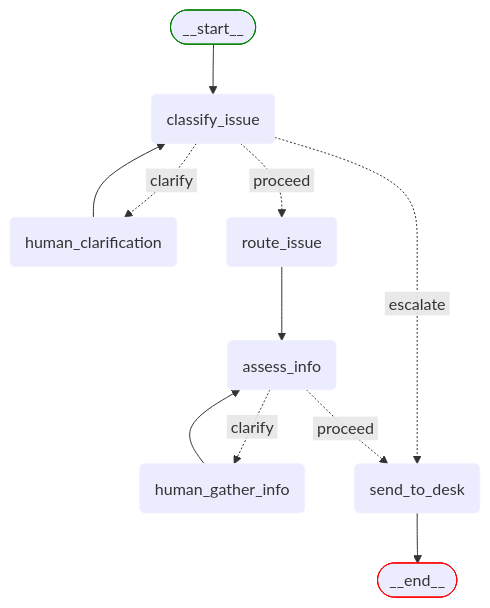
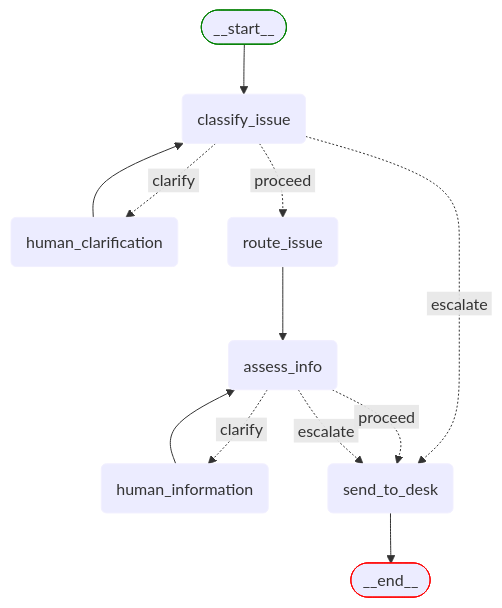
Before and after one commit to dextersjab/agentic-workbench-langgraph: the diagram in backend/src/workflows/support_desk/README.md, drawn with Mermaid. The commit also changed other lines of this file and 8 other files, not shown here.

Commit message:
rewrite assess_info to work like classify_issue

````diff
--- a/backend/src/workflows/support_desk/README.md
+++ b/backend/src/workflows/support_desk/README.md
@@ -27,26 +27,27 @@
 ```mermaid
 graph TD;
     __start__([<p>__start__</p>]):::first
     classify_issue(classify_issue)
     human_clarification(human_clarification)
     route_issue(route_issue)
     assess_info(assess_info)
-    human_gather_info(human_gather_info)
+    human_information(human_information)
     send_to_desk(send_to_desk)
     __end__([<p>__end__</p>]):::last
 
     __start__ --> classify_issue;
     classify_issue -. &nbsp;proceed&nbsp; .-> route_issue;
     classify_issue -. &nbsp;clarify&nbsp; .-> human_clarification;
     classify_issue -. &nbsp;escalate&nbsp; .-> send_to_desk;
     human_clarification --> classify_issue;
     route_issue --> assess_info;
     assess_info -. &nbsp;proceed&nbsp; .-> send_to_desk;
-    assess_info -. &nbsp;clarify&nbsp; .-> human_gather_info;
-    human_gather_info --> assess_info;
+    assess_info -. &nbsp;clarify&nbsp; .-> human_information;
+    assess_info -. &nbsp;escalate&nbsp; .-> send_to_desk;
+    human_information --> assess_info;
     send_to_desk --> __end__;
     
     classDef default stroke:#f2f0ff,line-height:1.2
     classDef first stroke:green
     classDef last stroke:red
 ```
````
